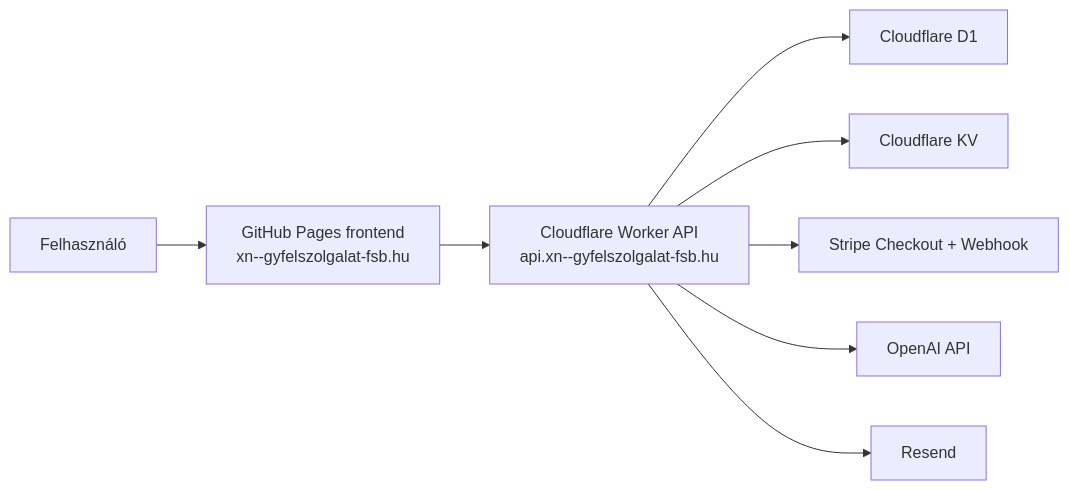
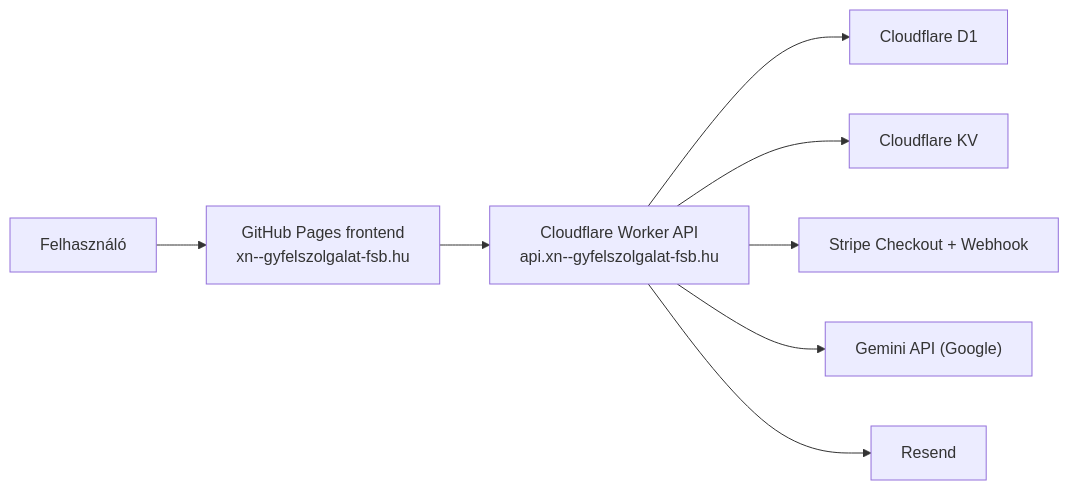
Before and after one commit to epatrik107/ugyfelszolg: the diagram in README.md, drawn with Mermaid. The commit also changed other lines of this file and 9 other files, not shown here.

````diff
--- a/README.md
+++ b/README.md
@@ -20,10 +20,10 @@
 ```mermaid
 flowchart LR
   U["Felhasználó"] --> F["GitHub Pages frontend<br/>xn--gyfelszolgalat-fsb.hu"]
   F --> W["Cloudflare Worker API<br/>api.xn--gyfelszolgalat-fsb.hu"]
   W --> D1["Cloudflare D1"]
   W --> KV["Cloudflare KV"]
   W --> S["Stripe Checkout + Webhook"]
-  W --> O["OpenAI API"]
+  W --> O["Gemini API (Google)"]
   W --> R["Resend"]
 ```
````
